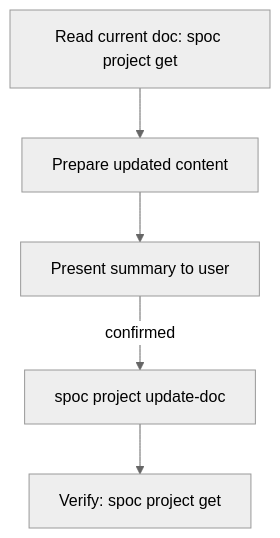
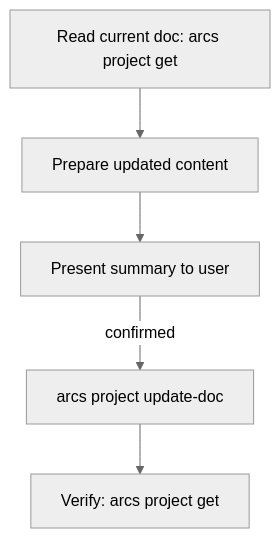
One commit to rryando/SPOC changed the diagram in skills/update-docs.md. Above: the diagram before and after it, drawn with Mermaid (neutral theme). The commit also changed other lines of this file and 190 other files, not shown here.

First line of the commit message:
feat!: rebrand SPOC → ARCS, publish as @rryando/arcs

````diff
--- a/skills/update-docs.md
+++ b/skills/update-docs.md
@@ -14,7 +14,7 @@
 ```mermaid
 flowchart TD
-    A[Read current doc: spoc project get] --> B[Prepare updated content]
+    A[Read current doc: arcs project get] --> B[Prepare updated content]
     B --> C[Present summary to user]
-    C -->|confirmed| D[spoc project update-doc]
-    D --> E[Verify: spoc project get]
+    C -->|confirmed| D[arcs project update-doc]
+    D --> E[Verify: arcs project get]
 ```
````
